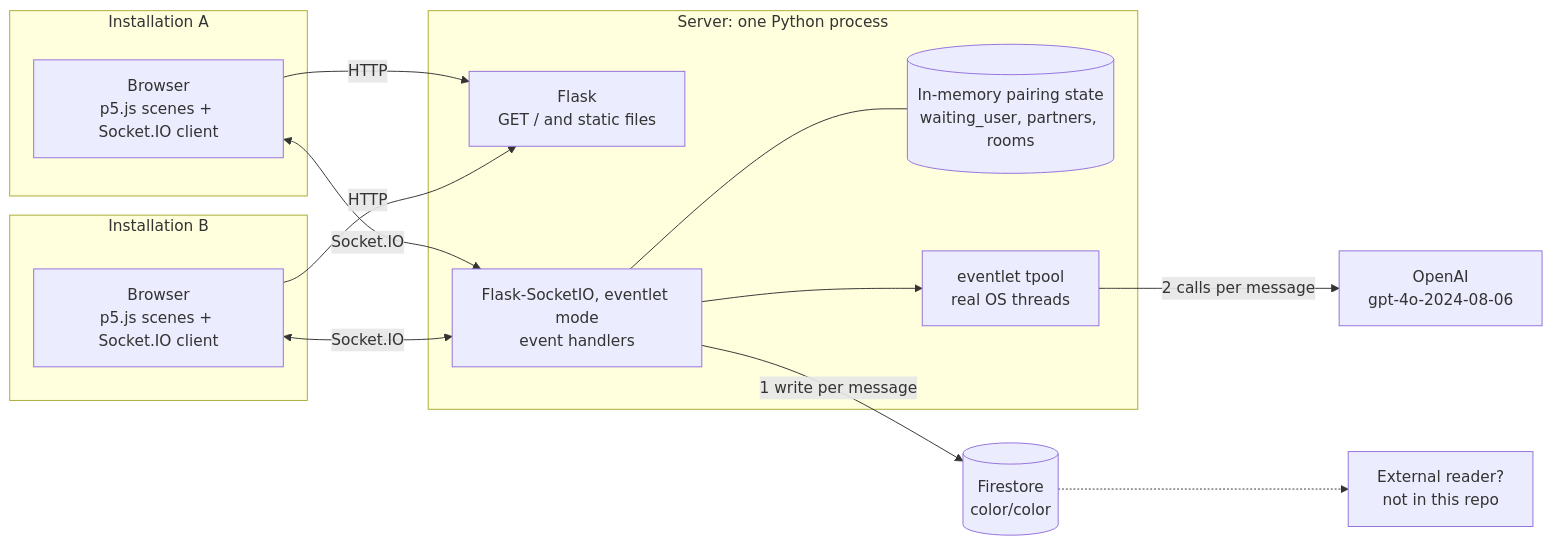
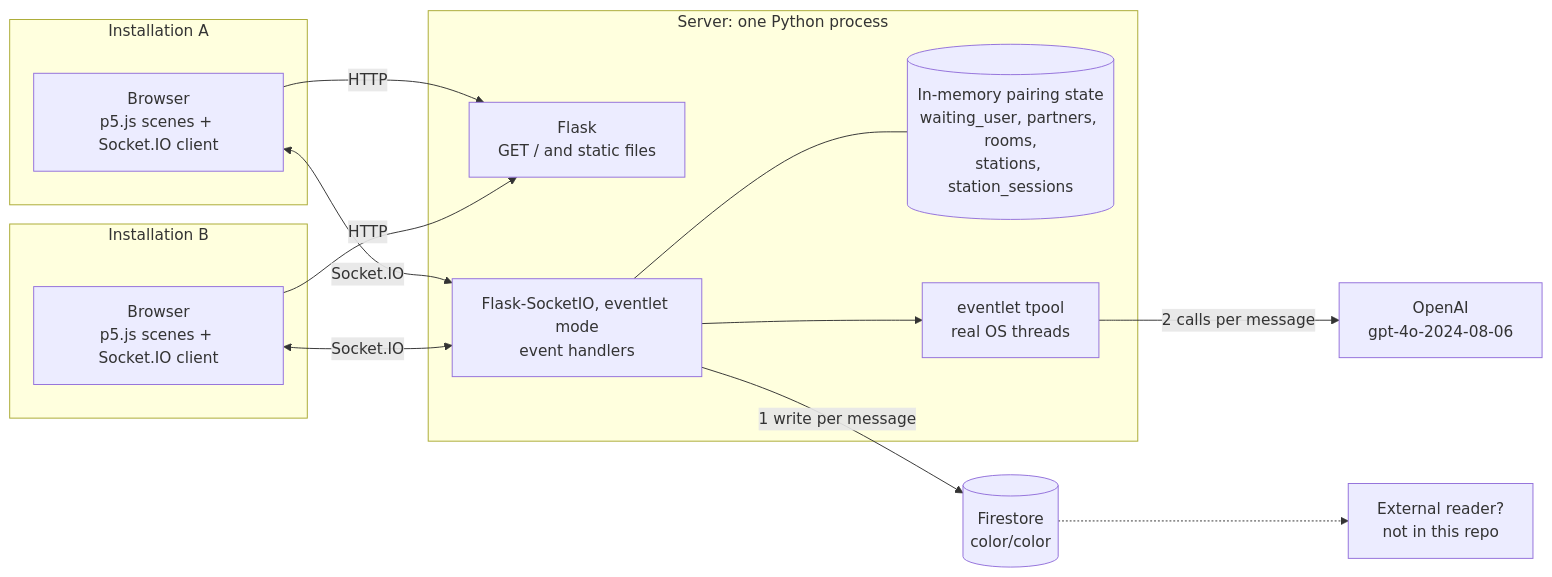
One commit to partyck/in-between-us changed the first of 6 diagrams in architecture.md. Above: the diagram before and after it, drawn with Mermaid. The commit also changed other lines of this file and 3 other files, not shown here.

First line of the commit message:
document station pairing and the station key

````diff
--- a/architecture.md
+++ b/architecture.md
@@ -9,27 +9,27 @@
 ```mermaid
 flowchart LR
     subgraph IA["Installation A"]
         CA["Browser<br/>p5.js scenes + Socket.IO client"]
     end
     subgraph IB["Installation B"]
         CB["Browser<br/>p5.js scenes + Socket.IO client"]
     end
     subgraph SRV["Server: one Python process"]
         HTTP["Flask<br/>GET / and static files"]
         SIO["Flask-SocketIO, eventlet mode<br/>event handlers"]
-        PAIR[("In-memory pairing state<br/>waiting_user, partners, rooms")]
+        PAIR[("In-memory pairing state<br/>waiting_user, partners, rooms,<br/>stations, station_sessions")]
         TP["eventlet tpool<br/>real OS threads"]
         SIO --- PAIR
         SIO --> TP
     end
     OAI["OpenAI<br/>gpt-4o-2024-08-06"]
     FS[("Firestore<br/>color/color")]
     EXT["External reader?<br/>not in this repo"]
     CA <-->|Socket.IO| SIO
     CB <-->|Socket.IO| SIO
     CA -->|HTTP| HTTP
     CB -->|HTTP| HTTP
     TP -->|2 calls per message| OAI
     SIO -->|1 write per message| FS
     FS -.-> EXT
 ```
````
